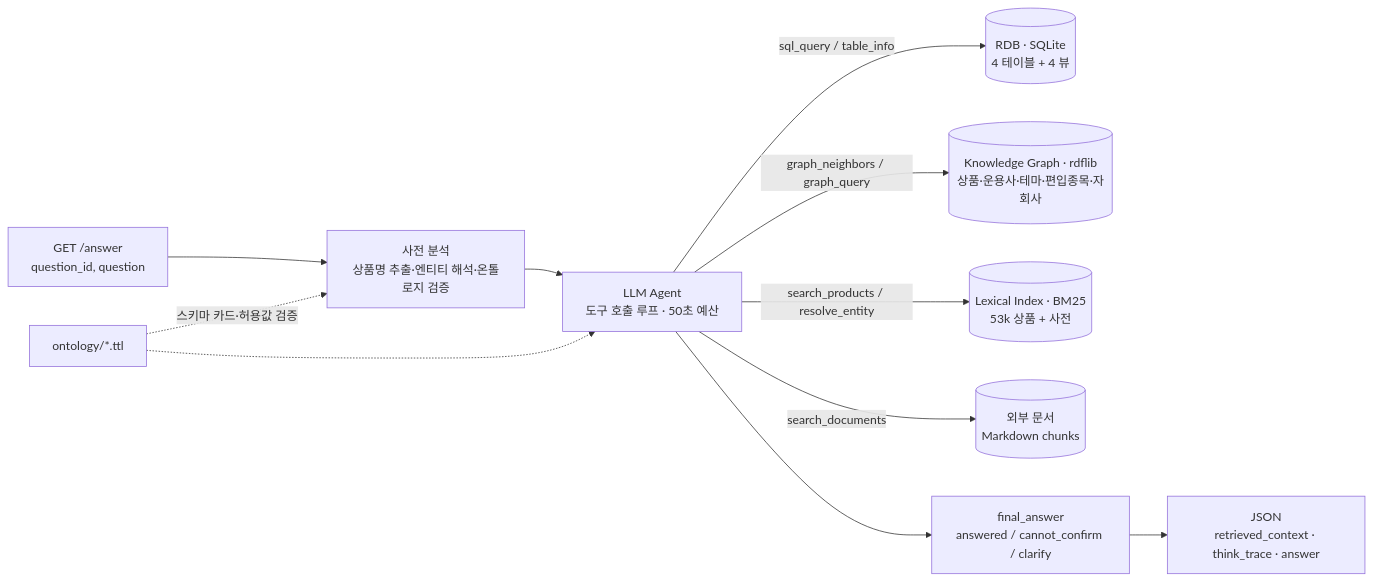
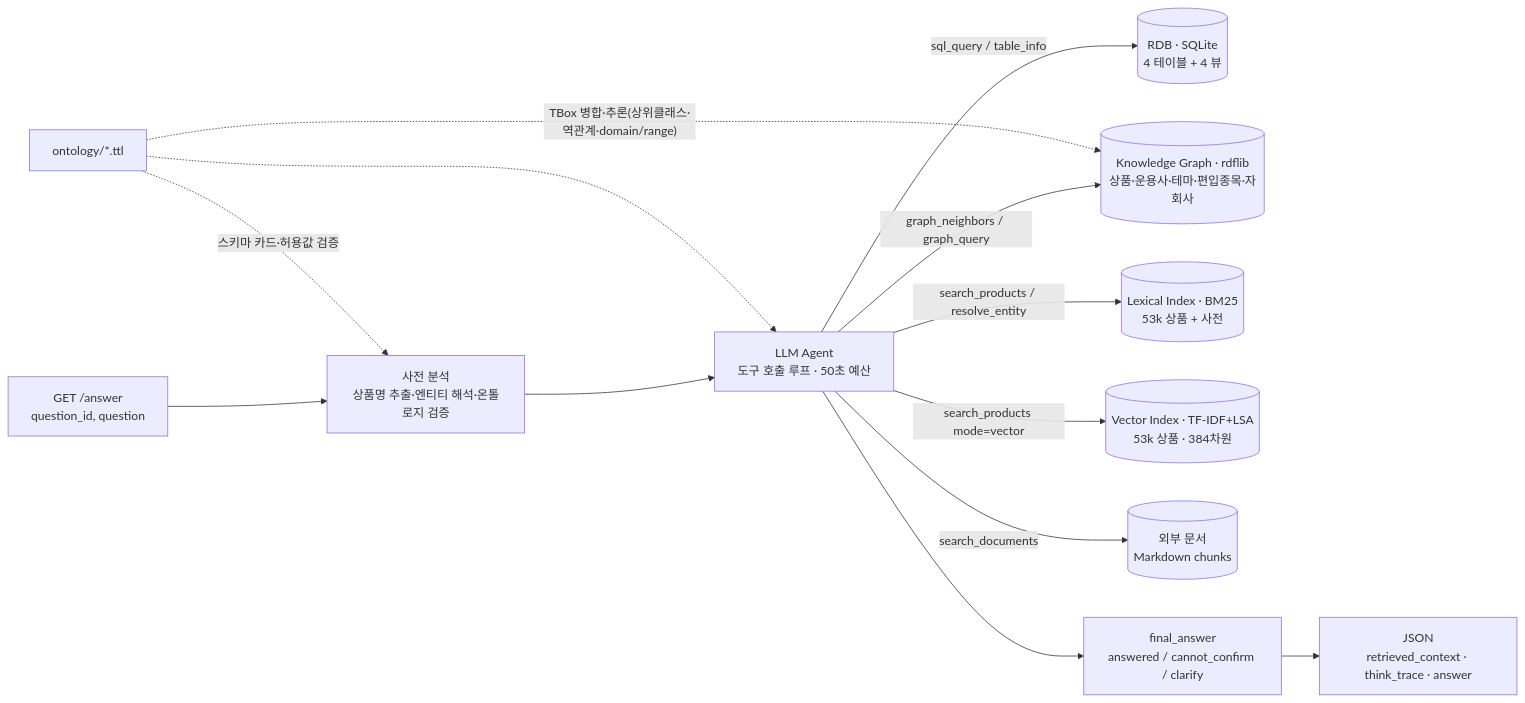
One commit to heon-1219/tradingDecisionAgent changed the diagram in README.md. Above: the diagram before and after it, drawn with Mermaid. The commit also changed other lines of this file and 15 other files, not shown here.

First line of the commit message:
feat: vector index (RDB+Vector+Graph) and ontology inference materialization

````diff
--- a/README.md
+++ b/README.md
@@ -8,13 +8,15 @@
 ```mermaid
 flowchart LR
     Q[GET /answer<br/>question_id, question] --> P[사전 분석<br/>상품명 추출·엔티티 해석·온톨로지 검증]
     P --> A[LLM Agent<br/>도구 호출 루프 · 50초 예산]
     A -->|sql_query / table_info| R[(RDB · SQLite<br/>4 테이블 + 4 뷰)]
     A -->|graph_neighbors / graph_query| G[(Knowledge Graph · rdflib<br/>상품·운용사·테마·편입종목·자회사)]
     A -->|search_products / resolve_entity| V[(Lexical Index · BM25<br/>53k 상품 + 사전)]
+    A -->|search_products mode=vector| E[(Vector Index · TF-IDF+LSA<br/>53k 상품 · 384차원)]
     A -->|search_documents| D[(외부 문서<br/>Markdown chunks)]
     O[ontology/*.ttl] -.스키마 카드·허용값 검증.-> P
+    O -.TBox 병합·추론(상위클래스·역관계·domain/range).-> G
     O -.-> A
     A --> F[final_answer<br/>answered / cannot_confirm / clarify]
     F --> J[JSON<br/>retrieved_context · think_trace · answer]
 ```
````
